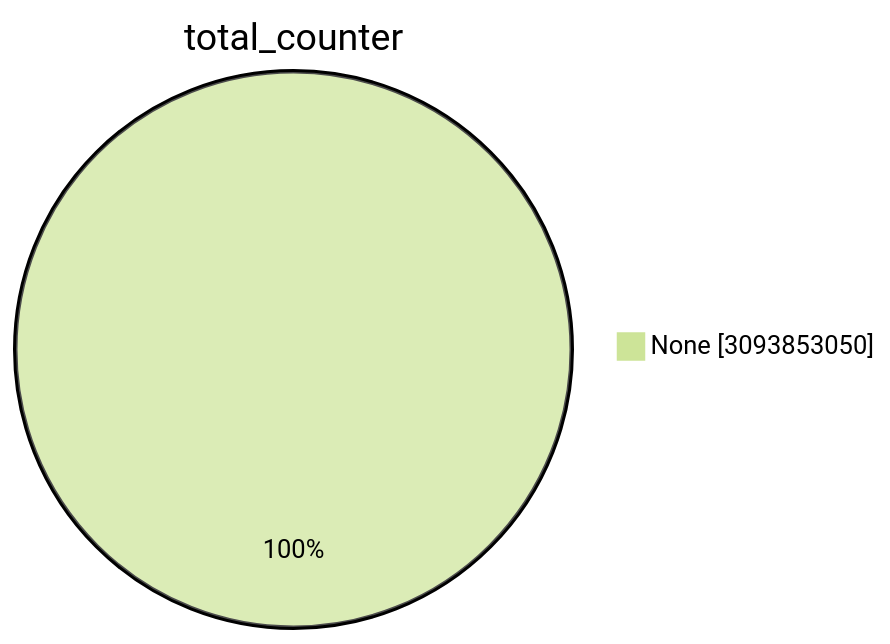
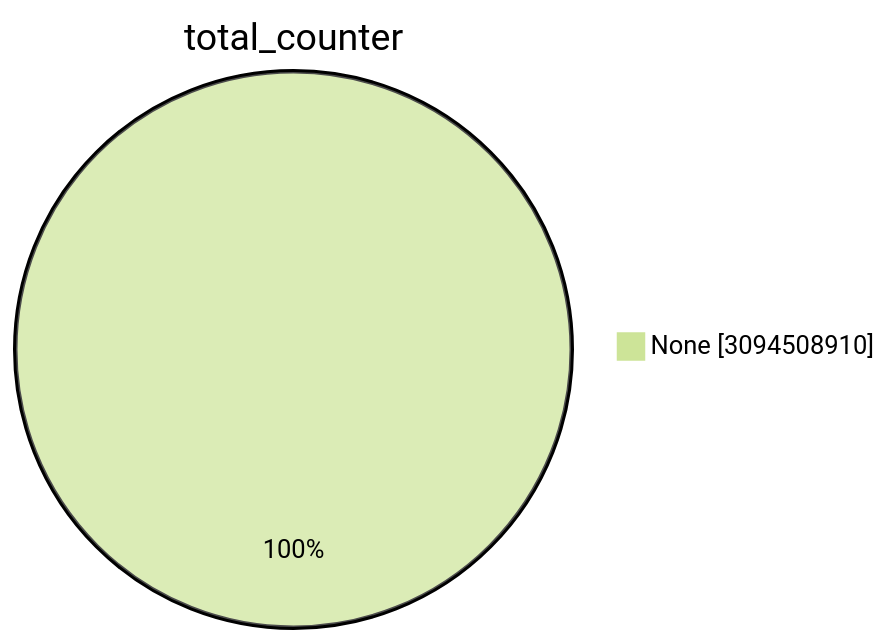
Before and after one commit to christiankrug/ctmonitor_visualization: the first of 15 diagrams in TOTAL/README.md, drawn with Mermaid (forest theme). The commit also changed other lines of this file, not shown here.

````diff
--- a/TOTAL/README.md
+++ b/TOTAL/README.md
@@ -1,5 +1,5 @@
 ```mermaid
 pie showData
 title total_counter
-"None" :3093853050
+"None" :3094508910
 ```
````
